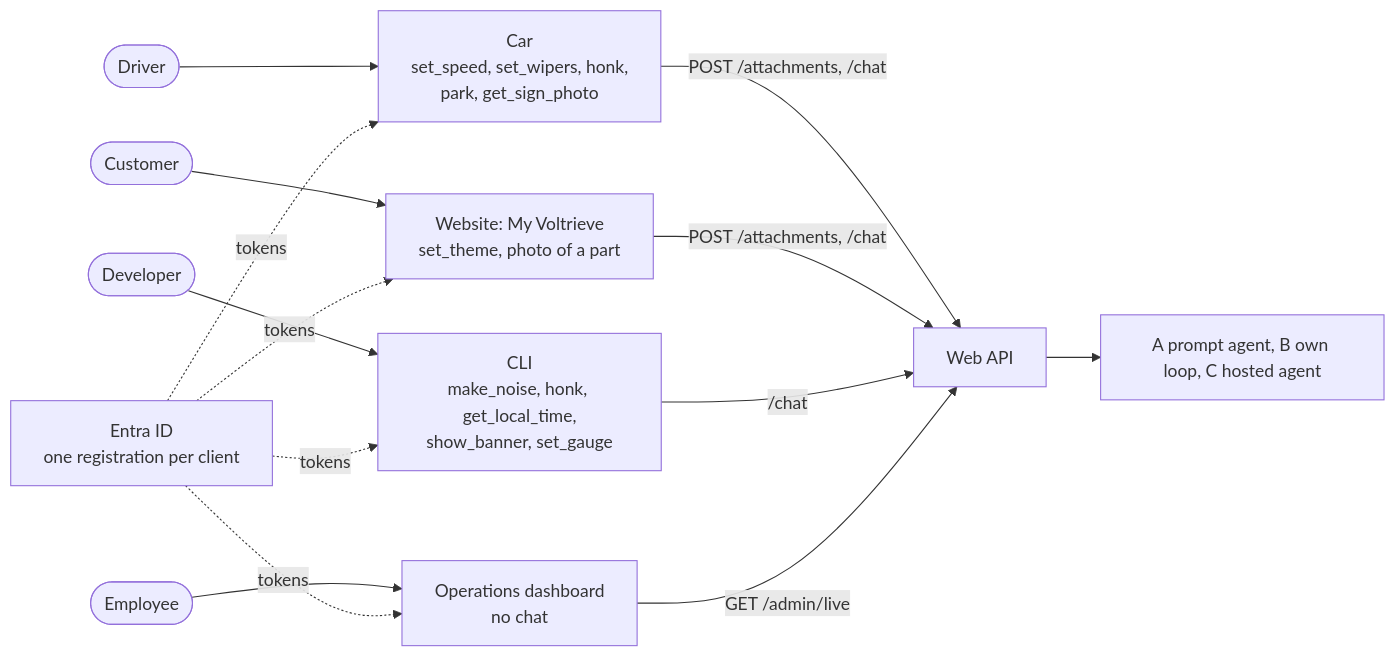
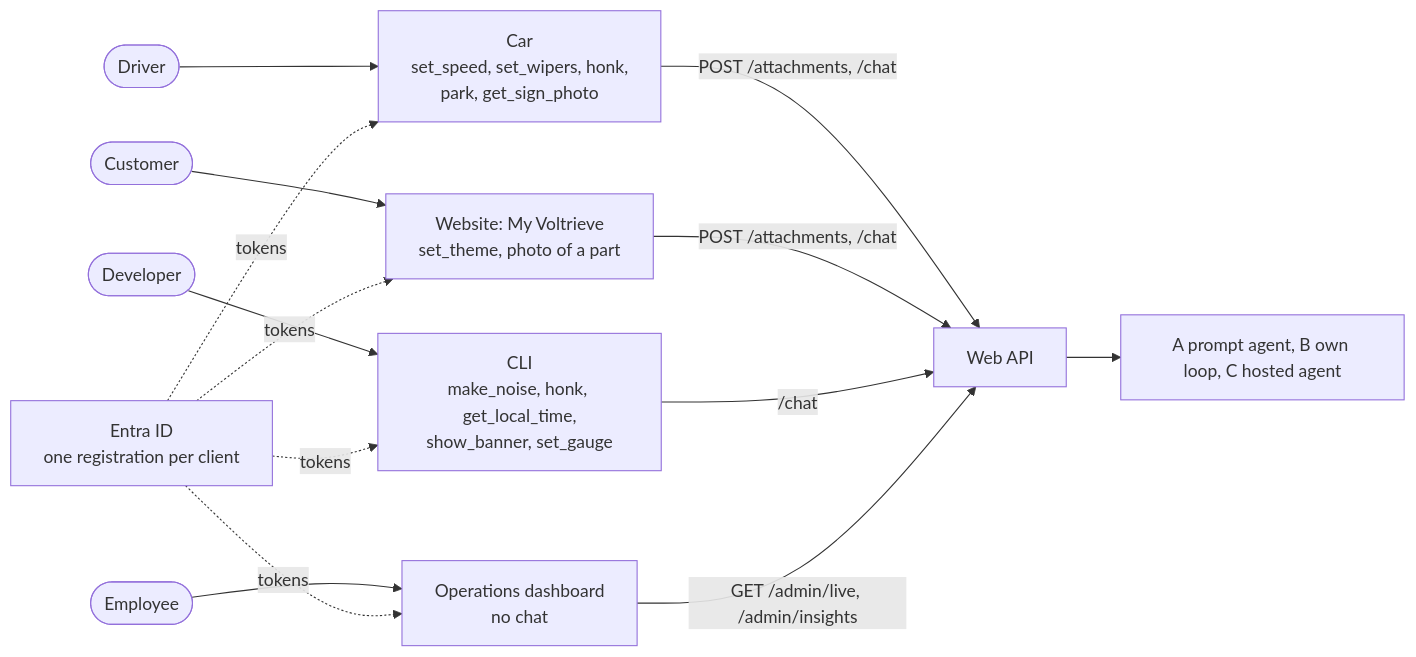
One commit to mklab-se/voltrieve changed the diagram in docs/clients.md. Above: the diagram before and after it, drawn with Mermaid. The commit also changed other lines of this file and 7 other files, not shown here.

````diff
--- a/docs/clients.md
+++ b/docs/clients.md
@@ -12,16 +12,16 @@
 ```mermaid
 flowchart LR
     Driver(["Driver"]) --> Car["Car<br/>set_speed, set_wipers, honk,<br/>park, get_sign_photo"]
     Customer(["Customer"]) --> Web["Website: My Voltrieve<br/>set_theme, photo of a part"]
     Staff(["Employee"]) --> Dash["Operations dashboard<br/>no chat"]
     Dev(["Developer"]) --> CLI["CLI<br/>make_noise, honk, get_local_time,<br/>show_banner, set_gauge"]
     Car -->|"POST /attachments, /chat"| API
     Web -->|"POST /attachments, /chat"| API
     CLI -->|"/chat"| API
-    Dash -->|"GET /admin/live"| API
+    Dash -->|"GET /admin/live, /admin/insights"| API
     Entra["Entra ID<br/>one registration per client"] -. tokens .-> Car
     Entra -. tokens .-> Web
     Entra -. tokens .-> Dash
     Entra -. tokens .-> CLI
     API["Web API"] --> Backends["A prompt agent, B own loop, C hosted agent"]
 ```
````
